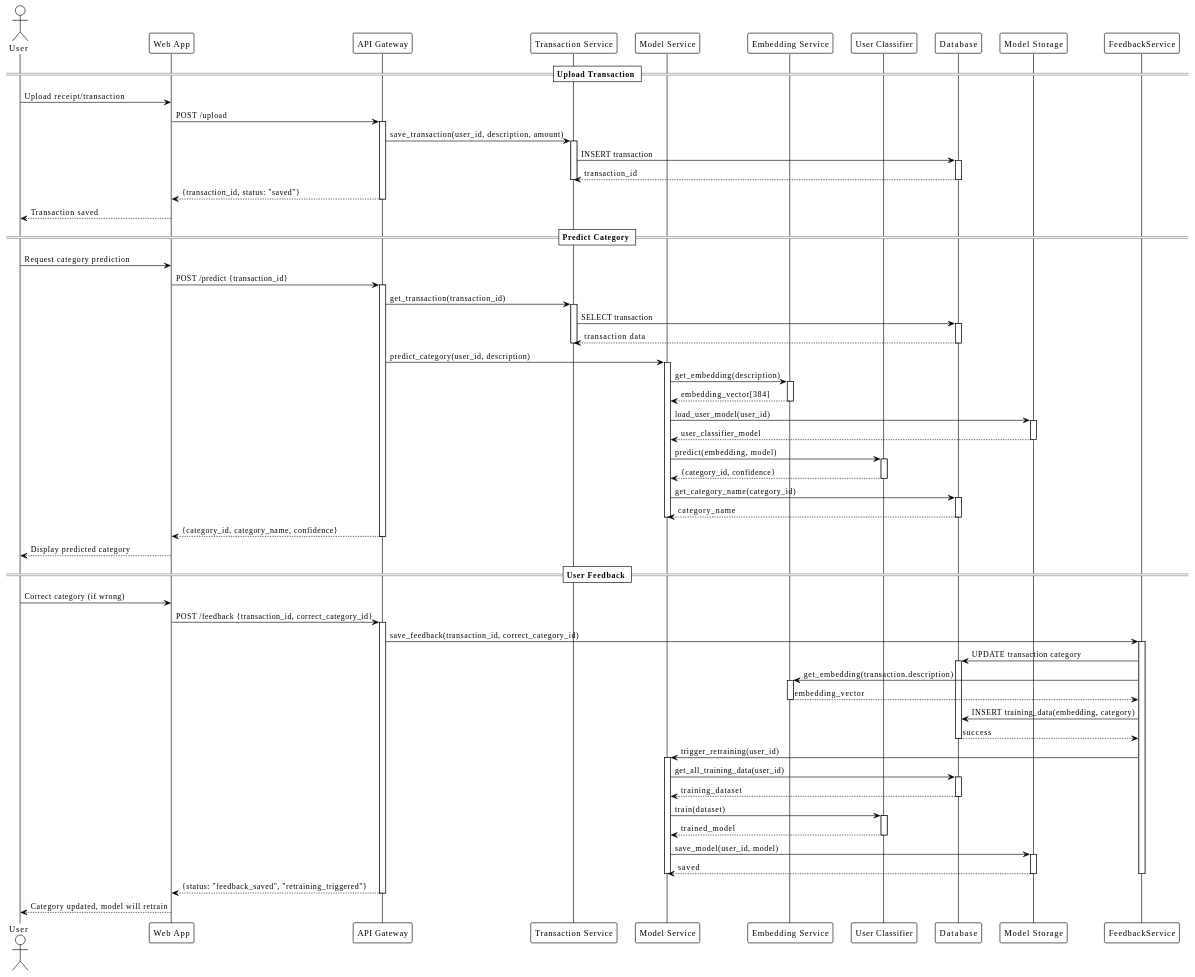
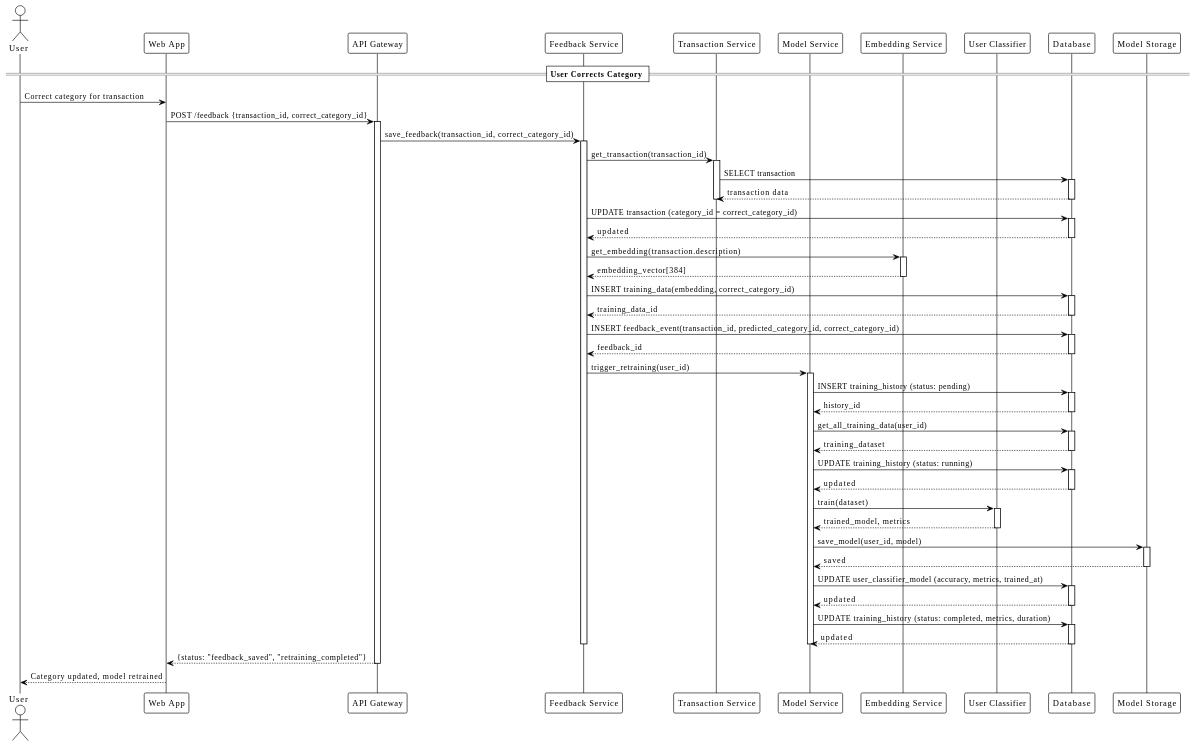
One commit to MoneyCluster/CategorAIze changed the fourth of 7 diagrams in docs/adr/001-global-adr.md. Above: the diagram before and after it, drawn with PlantUML. The commit also changed other lines of this file, not shown here.

Commit message:
Update UML diagrams

````diff
--- a/docs/adr/001-global-adr.md
+++ b/docs/adr/001-global-adr.md
@@ -434,6 +624,7 @@
 actor User
 participant "Web App" as Web
 participant "API Gateway" as API
+participant "Feedback Service" as FeedbackSvc
 participant "Transaction Service" as TransSvc
 participant "Model Service" as ModelSvc
 participant "Embedding Service" as Embedding
@@ -441,26 +632,14 @@
 participant "Database" as DB
 participant "Model Storage" as Storage
 
-== Upload Transaction ==
-User -> Web: Upload receipt/transaction
-Web -> API: POST /upload
+== User Corrects Category ==
+User -> Web: Correct category for transaction
+Web -> API: POST /feedback {transaction_id, correct_category_id}
 activate API
-API -> TransSvc: save_transaction(user_id, description, amount)
-activate TransSvc
-TransSvc -> DB: INSERT transaction
-activate DB
-DB --> TransSvc: transaction_id
-deactivate DB
-deactivate TransSvc
-API --> Web: {transaction_id, status: "saved"}
-deactivate API
-Web --> User: Transaction saved
+API -> FeedbackSvc: save_feedback(transaction_id, correct_category_id)
+activate FeedbackSvc
 
-== Predict Category ==
-User -> Web: Request category prediction
-Web -> API: POST /predict {transaction_id}
-activate API
-API -> TransSvc: get_transaction(transaction_id)
+FeedbackSvc -> TransSvc: get_transaction(transaction_id)
 activate TransSvc
 TransSvc -> DB: SELECT transaction
 activate DB
@@ -468,68 +647,68 @@
 deactivate DB
 deactivate TransSvc
 
-API -> ModelSvc: predict_category(user_id, description)
-activate ModelSvc
+FeedbackSvc -> DB: UPDATE transaction (category_id = correct_category_id)
+activate DB
+DB --> FeedbackSvc: updated
+deactivate DB
 
-ModelSvc -> Embedding: get_embedding(description)
+FeedbackSvc -> Embedding: get_embedding(transaction.description)
 activate Embedding
-Embedding --> ModelSvc: embedding_vector[384]
+Embedding --> FeedbackSvc: embedding_vector[384]
 deactivate Embedding
 
-ModelSvc -> Storage: load_user_model(user_id)
-activate Storage
-Storage --> ModelSvc: user_classifier_model
-deactivate Storage
-
-ModelSvc -> Classifier: predict(embedding, model)
-activate Classifier
-Classifier --> ModelSvc: {category_id, confidence}
-deactivate Classifier
-
-ModelSvc -> DB: get_category_name(category_id)
+FeedbackSvc -> DB: INSERT training_data(embedding, correct_category_id)
 activate DB
-DB --> ModelSvc: category_name
+DB --> FeedbackSvc: training_data_id
 deactivate DB
 
-deactivate ModelSvc
-API --> Web: {category_id, category_name, confidence}
-deactivate API
-Web --> User: Display predicted category
+FeedbackSvc -> DB: INSERT feedback_event(transaction_id, predicted_category_id, correct_category_id)
+activate DB
+DB --> FeedbackSvc: feedback_id
+deactivate DB
 
-== User Feedback ==
-User -> Web: Correct category (if wrong)
-Web -> API: POST /feedback {transaction_id, correct_category_id}
-activate API
-API -> FeedbackService: save_feedback(transaction_id, correct_category_id)
-activate FeedbackService
-FeedbackService -> DB: UPDATE transaction category
+FeedbackSvc -> ModelSvc: trigger_retraining(user_id)
+activate ModelSvc
+ModelSvc -> DB: INSERT training_history (status: pending)
 activate DB
-FeedbackService -> Embedding: get_embedding(transaction.description)
-activate Embedding
-Embedding --> FeedbackService: embedding_vector
-deactivate Embedding
-FeedbackService -> DB: INSERT training_data(embedding, category)
-DB --> FeedbackService: success
+DB --> ModelSvc: history_id
 deactivate DB
-FeedbackService -> ModelSvc: trigger_retraining(user_id)
-activate ModelSvc
+
 ModelSvc -> DB: get_all_training_data(user_id)
 activate DB
 DB --> ModelSvc: training_dataset
 deactivate DB
+
+ModelSvc -> DB: UPDATE training_history (status: running)
+activate DB
+DB --> ModelSvc: updated
+deactivate DB
+
 ModelSvc -> Classifier: train(dataset)
 activate Classifier
-Classifier --> ModelSvc: trained_model
+Classifier --> ModelSvc: trained_model, metrics
 deactivate Classifier
+
 ModelSvc -> Storage: save_model(user_id, model)
 activate Storage
 Storage --> ModelSvc: saved
 deactivate Storage
+
+ModelSvc -> DB: UPDATE user_classifier_model (accuracy, metrics, trained_at)
+activate DB
+DB --> ModelSvc: updated
+deactivate DB
+
+ModelSvc -> DB: UPDATE training_history (status: completed, metrics, duration)
+activate DB
+DB --> ModelSvc: updated
+deactivate DB
+
 deactivate ModelSvc
-deactivate FeedbackService
-API --> Web: {status: "feedback_saved", "retraining_triggered"}
+deactivate FeedbackSvc
+API --> Web: {status: "feedback_saved", "retraining_completed"}
 deactivate API
-Web --> User: Category updated, model will retrain
+Web --> User: Category updated, model retrained
 
 @enduml
 ```
````
